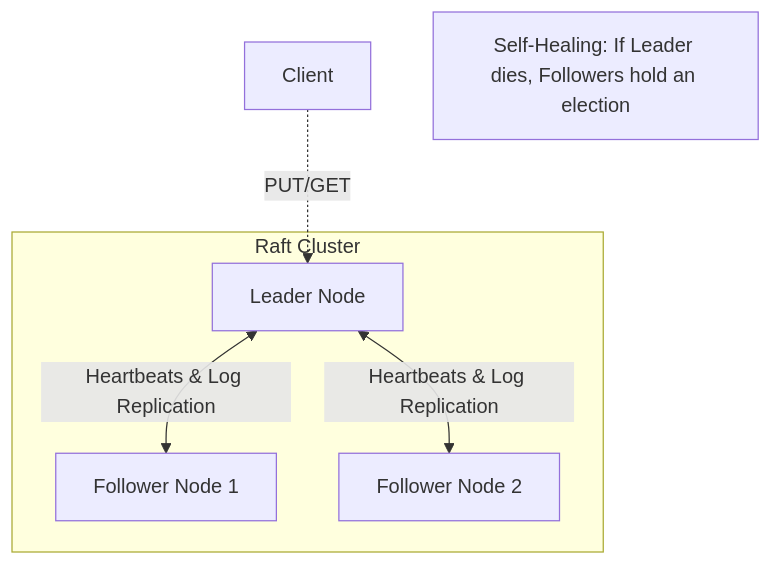
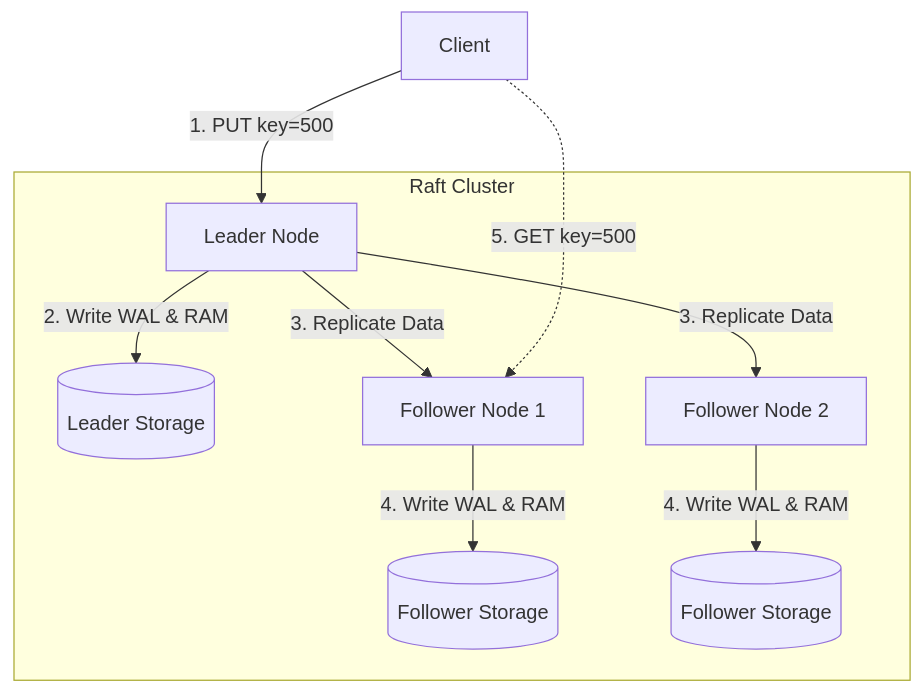
One commit to MChandrahas/Distributed-KV-Store changed the diagram in README.md. Above: the diagram before and after it, drawn with Mermaid. The commit also changed other lines of this file and 5 other files, not shown here.

`````diff
--- a/README.md
+++ b/README.md
@@ -22,11 +22,15 @@
 ```mermaid
 graph TD
+    Client[Client] -->|1. PUT key=500| Leader[Leader Node]
+
     subgraph "Raft Cluster"
-        L[Leader Node] <-->|Heartbeats & Log Replication| F1[Follower Node 1]
-        L <-->|Heartbeats & Log Replication| F2[Follower Node 2]
+        Leader -->|2. Write WAL & RAM| LeaderStore[(Leader Storage)]
+        Leader -->|3. Replicate Data| Follower1[Follower Node 1]
+        Leader -->|3. Replicate Data| Follower2[Follower Node 2]
+
+        Follower1 -->|4. Write WAL & RAM| F1Store[(Follower Storage)]
+        Follower2 -->|4. Write WAL & RAM| F2Store[(Follower Storage)]
     end
-    
-    Client[Client] -.->|PUT/GET| L
-    
-    note[Self-Healing: If Leader dies, Followers hold an election]
-```
+
+    Client -.->|5. GET key=500| Follower1
+````
`````
